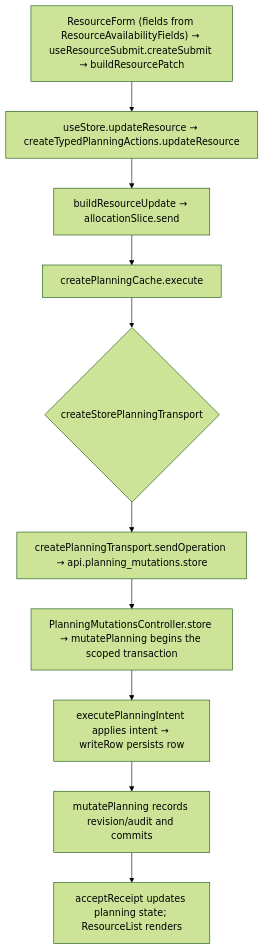
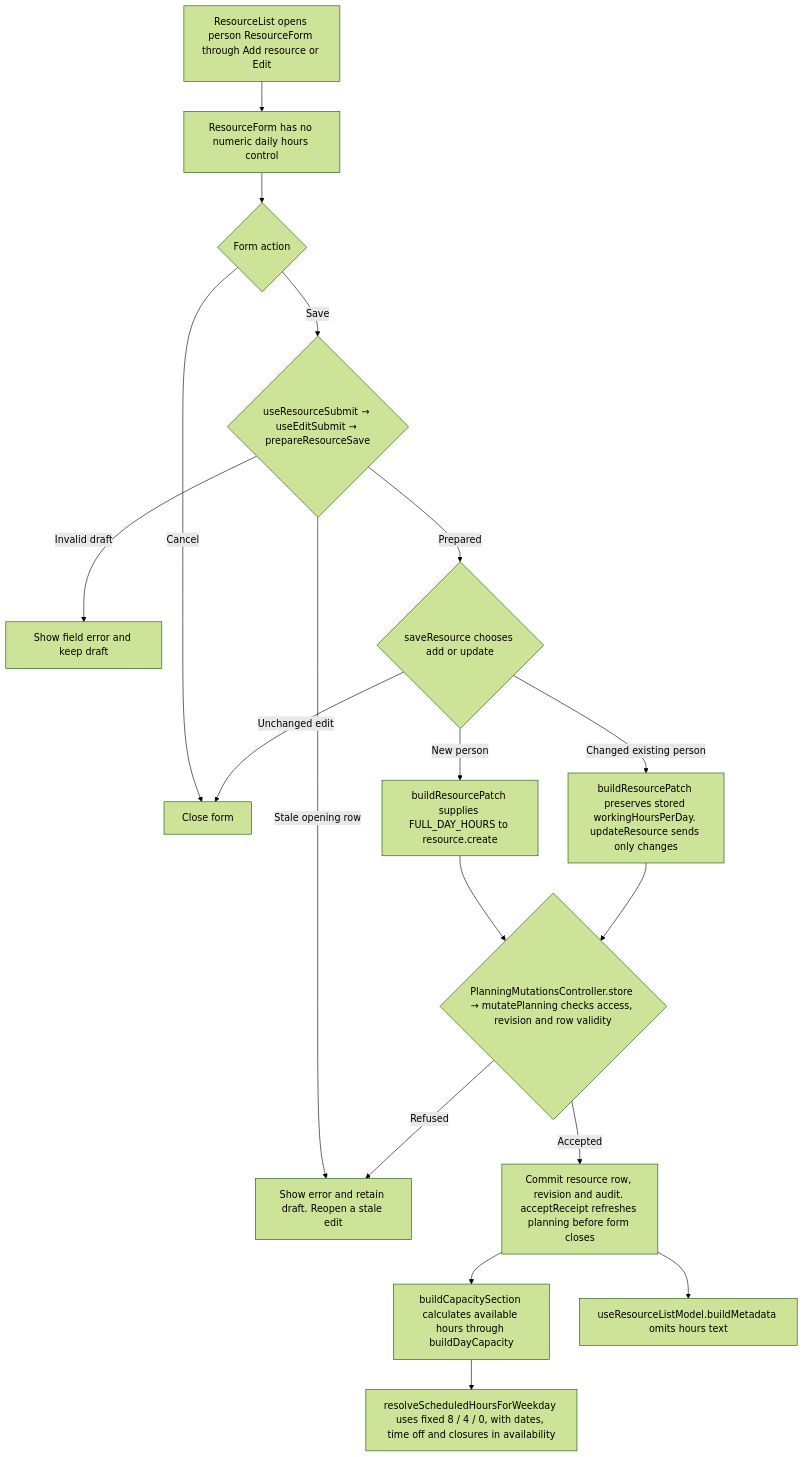
Before and after one commit to Kevinjohn/capacitylens: the second of 2 diagrams in user-stories/resources/US-RES-06-working-hours.md, drawn with Mermaid (forest theme). The commit also changed other lines of this file and 172 other files, not shown here.

Commit message:
docs: reconcile user story code flows with source

````diff
--- a/user-stories/resources/US-RES-06-working-hours.md
+++ b/user-stories/resources/US-RES-06-working-hours.md
@@ -29,8 +29,20 @@
 ```mermaid
 flowchart TD
-  A["ResourceForm (fields from ResourceAvailabilityFields) → useResourceSubmit.createSubmit → buildResourcePatch"] --> B["useStore.updateResource → createTypedPlanningActions.updateResource"]
-  B --> C["buildResourceUpdate → allocationSlice.send"]
-  C --> D["createPlanningCache.execute"] --> E{"createStorePlanningTransport"}
-  E --> F["createPlanningTransport.sendOperation → api.planning_mutations.store"] --> G["PlanningMutationsController.store → mutatePlanning begins the scoped transaction"]
-  G --> H["executePlanningIntent applies intent → writeRow persists row"] --> K["mutatePlanning records revision/audit and commits"] --> J["acceptReceipt updates planning state; ResourceList renders"]
+  OPEN["ResourceList opens person ResourceForm through Add resource or Edit"] --> DRAFT["ResourceForm has no numeric daily hours control"]
+  DRAFT --> ACTION{"Form action"}
+  ACTION -->|Cancel| CLOSE["Close form"]
+  ACTION -->|Save| LOCAL{"useResourceSubmit → useEditSubmit → prepareResourceSave"}
+  LOCAL -->|Invalid draft| DRAFTERR["Show field error and keep draft"]
+  LOCAL -->|Stale opening row| ERROR["Show error and retain draft. Reopen a stale edit"]
+  LOCAL -->|Prepared| PAYLOAD{"saveResource chooses add or update"}
+  PAYLOAD -->|New person| CREATE["buildResourcePatch supplies FULL_DAY_HOURS to resource.create"]
+  PAYLOAD -->|Changed existing person| UPDATE["buildResourcePatch preserves stored workingHoursPerDay. updateResource sends only changes"]
+  PAYLOAD -->|Unchanged edit| CLOSE
+  CREATE --> SERVER{"PlanningMutationsController.store → mutatePlanning checks access, revision and row validity"}
+  UPDATE --> SERVER
+  SERVER -->|Refused| ERROR
+  SERVER -->|Accepted| COMMIT["Commit resource row, revision and audit. acceptReceipt refreshes planning before form closes"]
+  COMMIT --> CAP["buildCapacitySection calculates available hours through buildDayCapacity"]
+  CAP --> HOURS["resolveScheduledHoursForWeekday uses fixed 8 / 4 / 0, with dates, time off and closures in availability"]
+  COMMIT --> META["useResourceListModel.buildMetadata omits hours text"]
 ```
````
